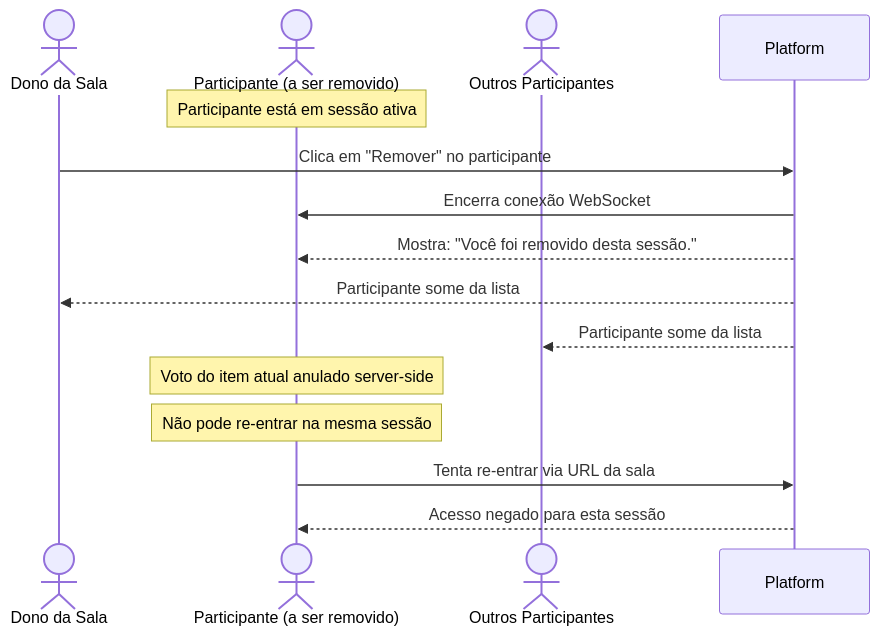
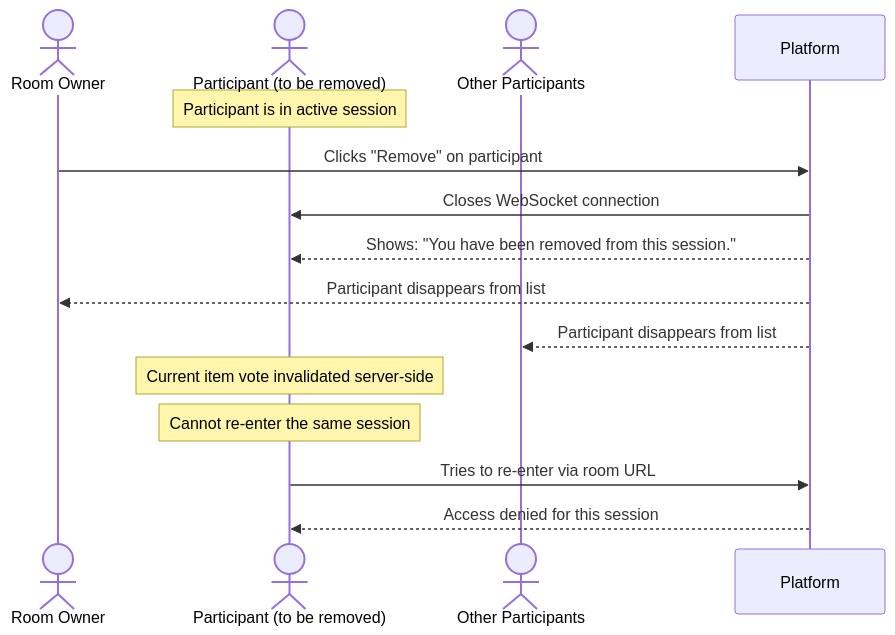
Before and after one commit to hugo-hsbtech/teamwork-process: the fifth of 7 diagrams in docs/use-cases/case-poker/07.1-product-backlog-access-control.md, drawn with Mermaid. The commit also changed other lines of this file and 63 other files, not shown here.

````diff
--- a/docs/use-cases/case-poker/07.1-product-backlog-access-control.md
+++ b/docs/use-cases/case-poker/07.1-product-backlog-access-control.md
@@ -171,20 +171,20 @@
 ```mermaid
 sequenceDiagram
-    actor RO as Dono da Sala
-    actor P as Participante (a ser removido)
-    actor Others as Outros Participantes
+    actor RO as Room Owner
+    actor P as Participant (to be removed)
+    actor Others as Other Participants
 
-    Note over P: Participante está em sessão ativa
+    Note over P: Participant is in active session
 
-    RO->>Platform: Clica em "Remover" no participante
-    Platform->>P: Encerra conexão WebSocket
-    Platform-->>P: Mostra: "Você foi removido desta sessão."
-    Platform-->>RO: Participante some da lista
-    Platform-->>Others: Participante some da lista
+    RO->>Platform: Clicks "Remove" on participant
+    Platform->>P: Closes WebSocket connection
+    Platform-->>P: Shows: "You have been removed from this session."
+    Platform-->>RO: Participant disappears from list
+    Platform-->>Others: Participant disappears from list
 
-    Note over P: Voto do item atual anulado server-side
-    Note over P: Não pode re-entrar na mesma sessão
-
-    P->>Platform: Tenta re-entrar via URL da sala
-    Platform-->>P: Acesso negado para esta sessão
+    Note over P: Current item vote invalidated server-side
+    Note over P: Cannot re-enter the same session
+    
+    P->>Platform: Tries to re-enter via room URL
+    Platform-->>P: Access denied for this session
 ```
````
